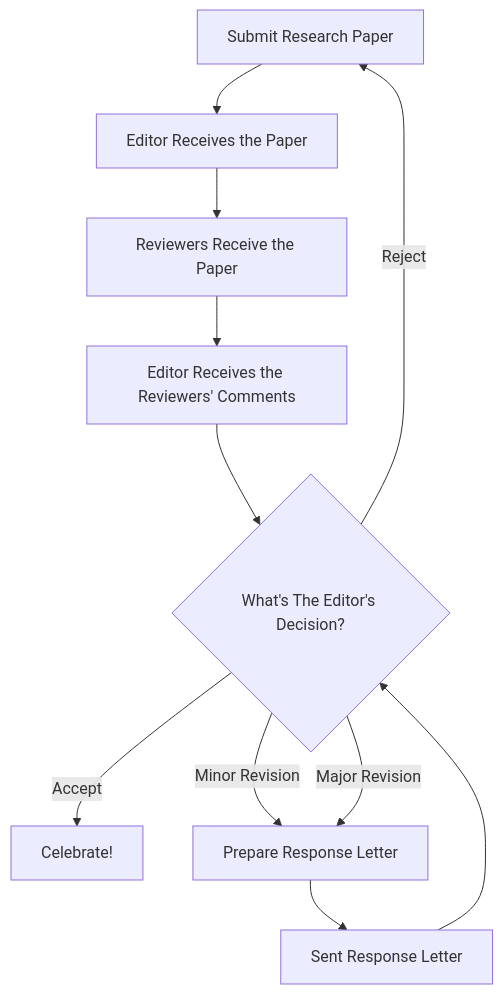
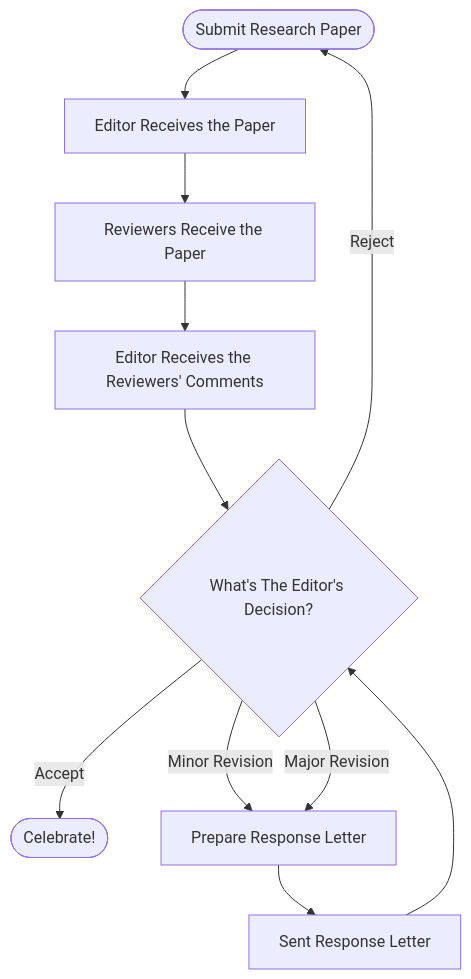
The diagram in _posts/2022/2022-03-13-how-to-write-a-good-revision-letter.md (cesarsotovalero/cesarsotovalero.github.io), drawn with Mermaid before and after one commit. The commit also changed 18 other files, not shown here.

```diff
--- a/_posts/2022/2022-03-13-how-to-write-a-good-revision-letter.md
+++ b/_posts/2022/2022-03-13-how-to-write-a-good-revision-letter.md
@@ -65,13 +65,13 @@
 {% mermaid %}
 flowchart TB;
-a[Submit Research Paper] --> x[Editor Receives the Paper]
+a([Submit Research Paper]) --> x[Editor Receives the Paper]
 x[Editor Receives the Paper] --> y[Reviewers Receive the Paper]
 y[Reviewers Receive the Paper] --> z[Editor Receives the Reviewers' Comments]
 z[Editor Receives the Reviewers' Comments] --> b{What's The Editor's Decision?}
-b -- Accept --> c[Celebrate!]
-b -- Reject --> a[Submit Research Paper]
+b -- Accept --> c([Celebrate!])
+b -- Reject --> a([Submit Research Paper])
 b -- Minor Revision --> d[Prepare Response Letter]
 b -- Major Revision --> d[Prepare Response Letter]
 d[Prepare Response Letter] --> e[Sent Response Letter]
 e[Sent Response Letter] --> b{What's The Editor's Decision?}
 {% endmermaid %}
```
